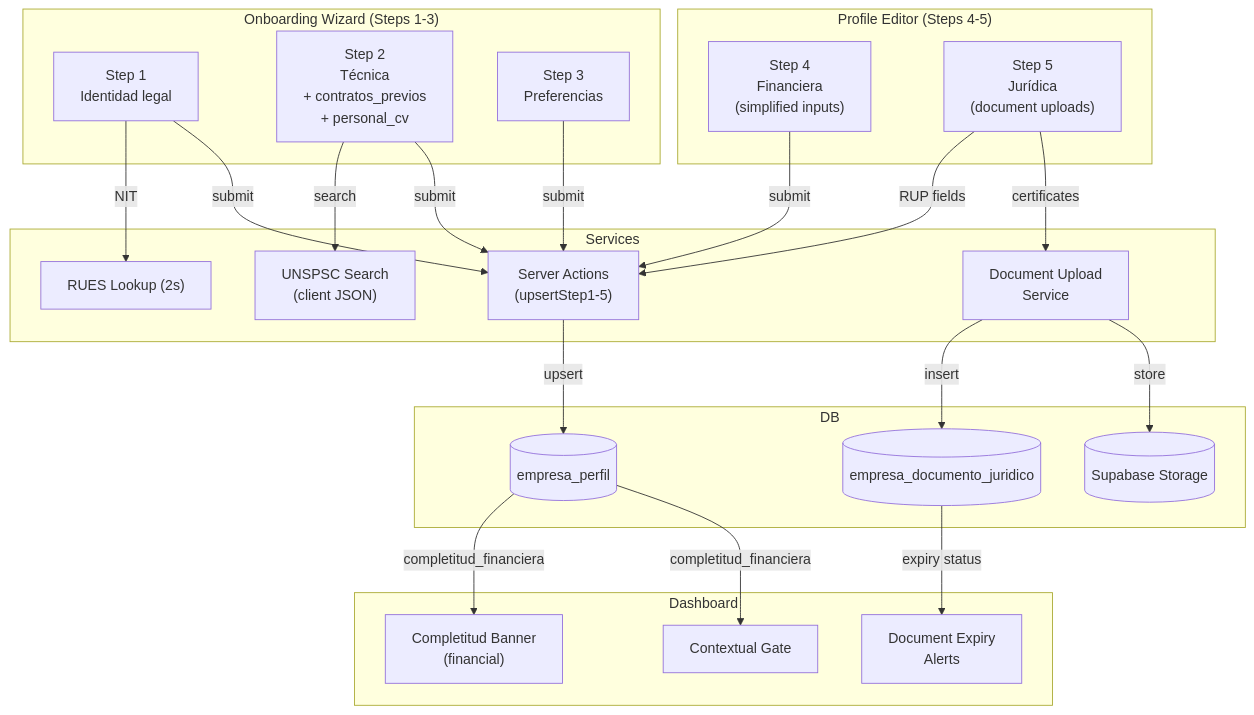
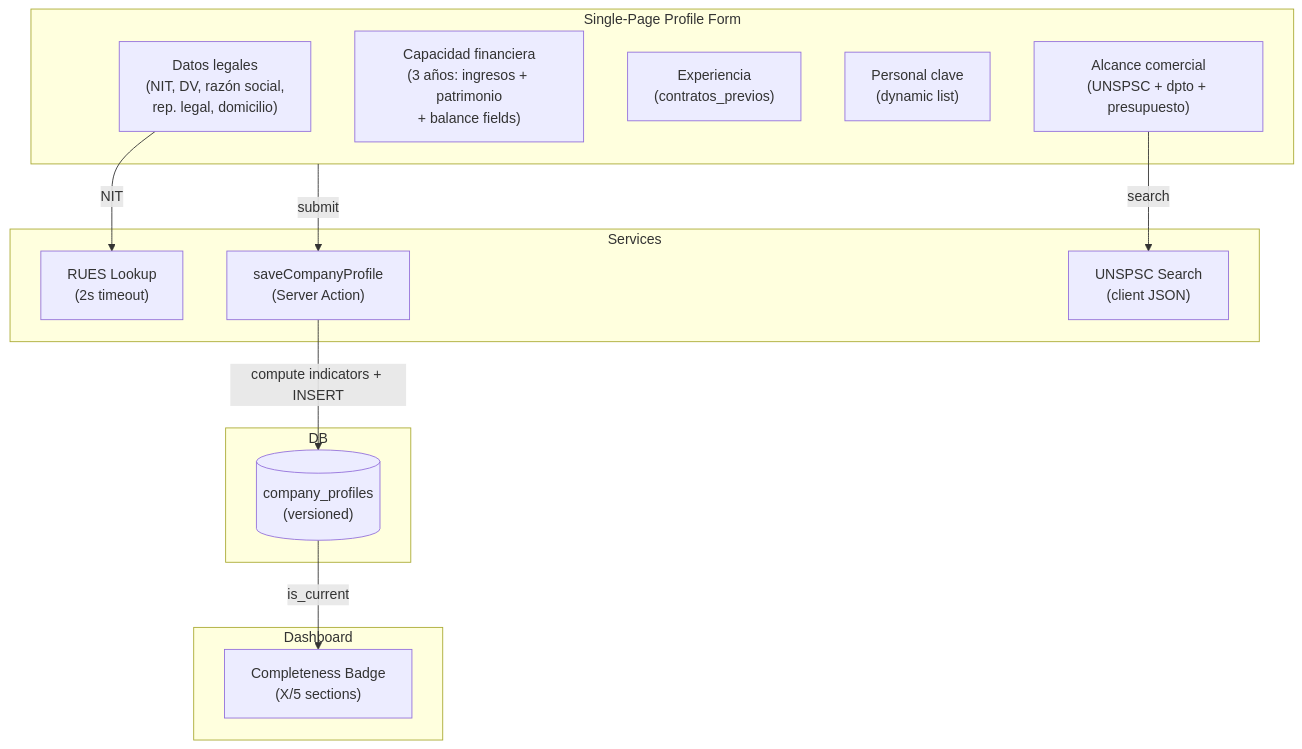
One commit to agentezai/coltratos changed the first of 3 diagrams in docs/company-profiling-onboarding/feat/00-overview.md. Above: the diagram before and after it, drawn with Mermaid. The commit also changed other lines of this file and 21 other files, not shown here.

First line of the commit message:
docs(company-profiling-onboarding): rev 2 — MVP scope alignment, approved

````diff
--- a/docs/company-profiling-onboarding/feat/00-overview.md
+++ b/docs/company-profiling-onboarding/feat/00-overview.md
@@ -16,45 +16,30 @@
 ```mermaid
 flowchart TD
-    subgraph Onboarding["Onboarding Wizard (Steps 1-3)"]
-        S1["Step 1\nIdentidad legal"]
-        S2["Step 2\nTécnica\n+ contratos_previos\n+ personal_cv"]
-        S3["Step 3\nPreferencias"]
-    end
-
-    subgraph ProfileEditor["Profile Editor (Steps 4-5)"]
-        S4["Step 4\nFinanciera\n(simplified inputs)"]
-        S5["Step 5\nJurídica\n(document uploads)"]
+    subgraph Form["Single-Page Profile Form"]
+        S1["Datos legales\n(NIT, DV, razón social,\nrep. legal, domicilio)"]
+        S2["Capacidad financiera\n(3 años: ingresos + patrimonio\n+ balance fields)"]
+        S3["Experiencia\n(contratos_previos)"]
+        S4["Personal clave\n(dynamic list)"]
+        S5["Alcance comercial\n(UNSPSC + dpto + presupuesto)"]
     end
 
     subgraph Services
-        RUES["RUES Lookup (2s)"]
+        RUES["RUES Lookup\n(2s timeout)"]
         UNSPSC["UNSPSC Search\n(client JSON)"]
-        Actions["Server Actions\n(upsertStep1-5)"]
-        DocSvc["Document Upload\nService"]
+        Action["saveCompanyProfile\n(Server Action)"]
     end
 
     subgraph DB
-        EP[("empresa_perfil")]
-        DJ[("empresa_documento_juridico")]
-        Storage[("Supabase Storage")]
+        CP[("company_profiles\n(versioned)")]
     end
 
     subgraph Dashboard
-        Banner["Completitud Banner\n(financial)"]
-        Alerts["Document Expiry\nAlerts"]
-        Gate["Contextual Gate"]
+        Badge["Completeness Badge\n(X/5 sections)"]
     end
 
     S1 -->|NIT| RUES
-    S2 -->|search| UNSPSC
-    S1 & S2 & S3 -->|submit| Actions
-    S4 -->|submit| Actions
-    S5 -->|RUP fields| Actions
-    S5 -->|certificates| DocSvc
-    Actions -->|upsert| EP
-    DocSvc -->|insert| DJ
-    DocSvc -->|store| Storage
-    EP -->|completitud_financiera| Banner
-    EP -->|completitud_financiera| Gate
-    DJ -->|expiry status| Alerts
+    S5 -->|search| UNSPSC
+    Form -->|submit| Action
+    Action -->|compute indicators + INSERT| CP
+    CP -->|is_current| Badge
 ```
````
